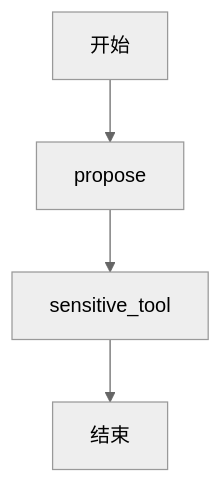
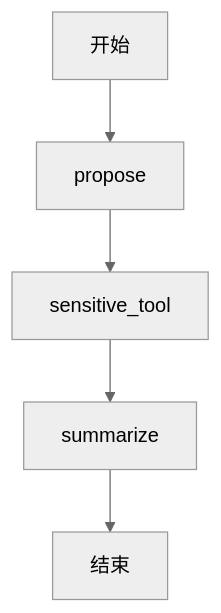
Before and after one commit to buffer121328/vibe-coding-and-agents: the diagram in 10_LangGraph搭建工作流/code/workbench/assets/06-diagram.mmd, drawn with Mermaid (neutral theme). The commit also changed 41 other files, not shown here.

```diff
--- a/10_LangGraph搭建工作流/code/workbench/assets/06-diagram.mmd
+++ b/10_LangGraph搭建工作流/code/workbench/assets/06-diagram.mmd
@@ -1,8 +1,10 @@
 graph TD
 __start__["开始"]
     propose["propose"]
     sensitive_tool["sensitive_tool"]
+    summarize["summarize"]
     __end__["结束"]
     __start__ --> propose
     propose --> sensitive_tool
-    sensitive_tool --> __end__
+    sensitive_tool --> summarize
+    summarize --> __end__
```
